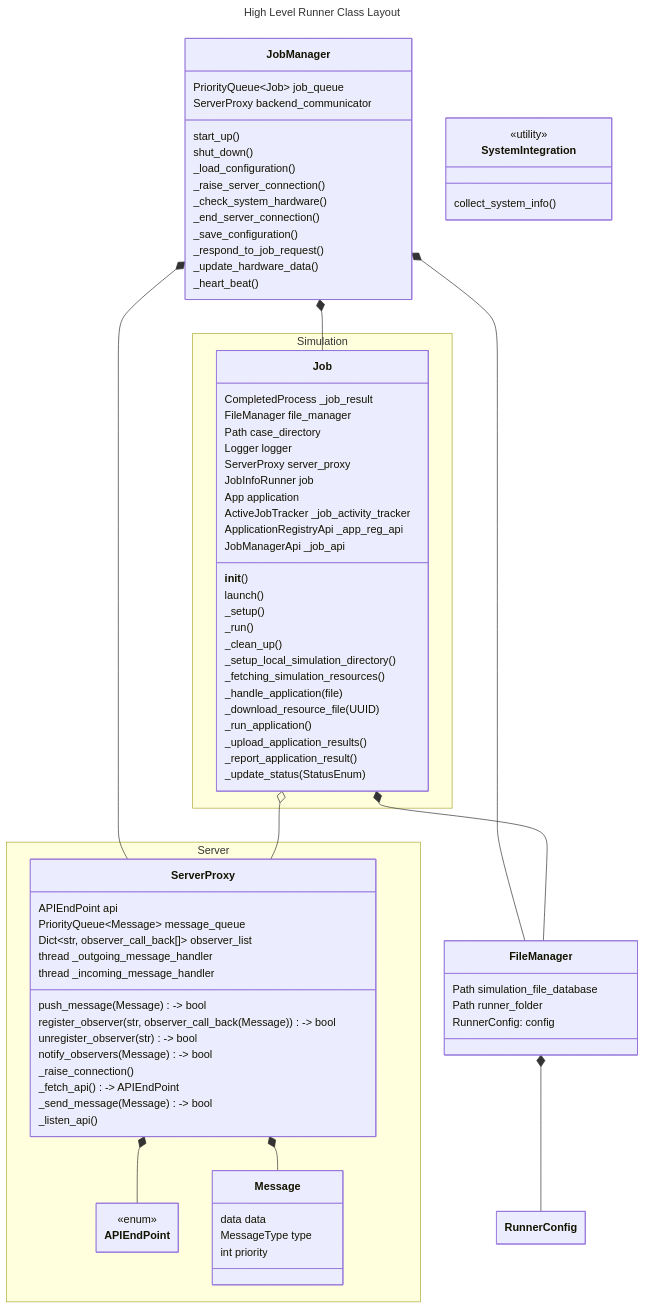
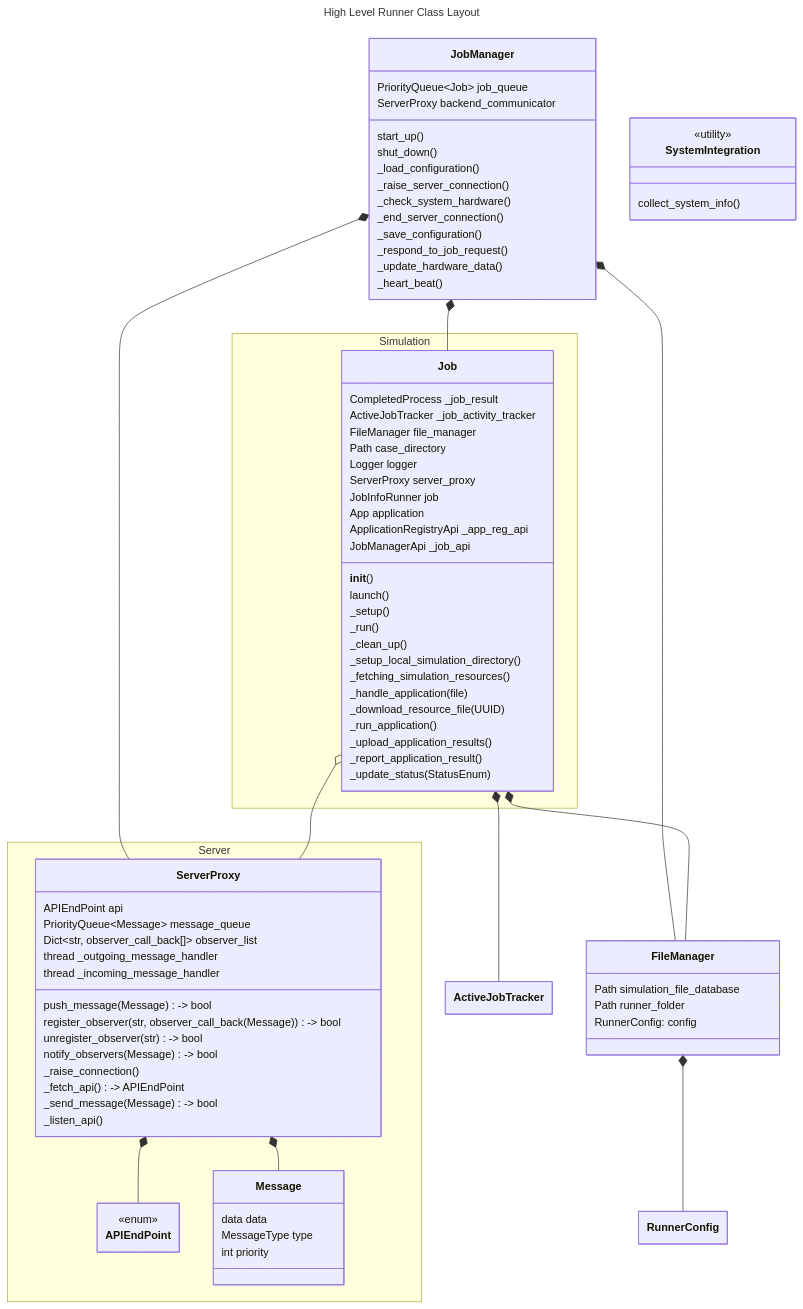
Before and after one commit to fyn-tech/fyn-runner: the diagram in docs/primary_design.md, drawn with Mermaid. The commit also changed 1 other file, not shown here.

Commit message:
- documentation commenting for Job

```diff
--- a/docs/primary_design.md
+++ b/docs/primary_design.md
@@ -84,6 +84,7 @@
 
   Job o-- ServerProxy
   Job *-- FileManager
+  Job *-- ActiveJobTracker
 
   ServerProxy *-- APIEndPoint
   ServerProxy *-- Message
@@ -127,6 +128,7 @@
       CompletedProcess _job_result
 
       %% Robber clients
+      ActiveJobTracker _job_activity_tracker
       FileManager file_manager
       Path case_directory
       Logger logger
@@ -135,7 +137,6 @@
       %% OpenAPI client
       JobInfoRunner job
       App application
-      ActiveJobTracker _job_activity_tracker
       ApplicationRegistryApi _app_reg_api
       JobManagerApi _job_api
 
```
